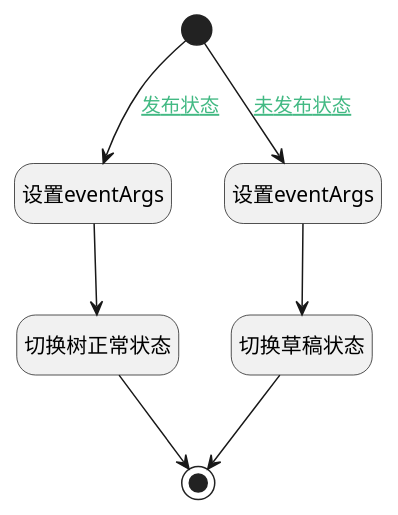
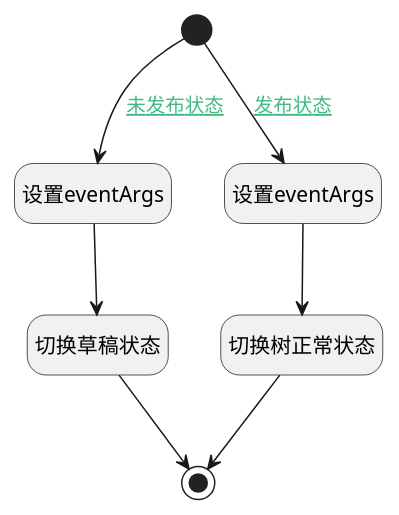
Before and after one commit to iBizLab/plm: the diagram in doc/docsify/module/Wiki/article_page/uilogic/change_tree_state.md, drawn with PlantUML. The commit also changed other lines of this file and 1276 other files, not shown here.

````diff
--- a/doc/docsify/module/Wiki/article_page/uilogic/change_tree_state.md
+++ b/doc/docsify/module/Wiki/article_page/uilogic/change_tree_state.md
@@ -7,28 +7,28 @@
 ```plantuml
 @startuml
 hide footbox
 <style>
 root {
   HyperlinkColor #42b983
 }
 </style>
 
 hide empty description
 state "开始" as Begin <<start>> [[$./change_tree_state#begin {开始}]]
+state "结束" as END2 <<end>> [[$./change_tree_state#end2 {结束}]]
 state "切换树正常状态" as VIEWCTRLINVOKE2  [[$./change_tree_state#viewctrlinvoke2 {切换树正常状态}]]
-state "设置eventArgs" as PREPAREJSPARAM3  [[$./change_tree_state#preparejsparam3 {设置eventArgs}]]
 state "设置eventArgs" as PREPAREJSPARAM2  [[$./change_tree_state#preparejsparam2 {设置eventArgs}]]
 state "切换草稿状态" as VIEWCTRLINVOKE1  [[$./change_tree_state#viewctrlinvoke1 {切换草稿状态}]]
-state "结束" as END2 <<end>> [[$./change_tree_state#end2 {结束}]]
+state "设置eventArgs" as PREPAREJSPARAM3  [[$./change_tree_state#preparejsparam3 {设置eventArgs}]]
 
 
 Begin --> PREPAREJSPARAM2 : [[$./change_tree_state#begin-preparejsparam2{未发布状态} 未发布状态]]
 PREPAREJSPARAM2 --> VIEWCTRLINVOKE1
 VIEWCTRLINVOKE1 --> END2
 Begin --> PREPAREJSPARAM3 : [[$./change_tree_state#begin-preparejsparam3{发布状态} 发布状态]]
 PREPAREJSPARAM3 --> VIEWCTRLINVOKE2
 VIEWCTRLINVOKE2 --> END2
 
 
 @enduml
 ```
````
